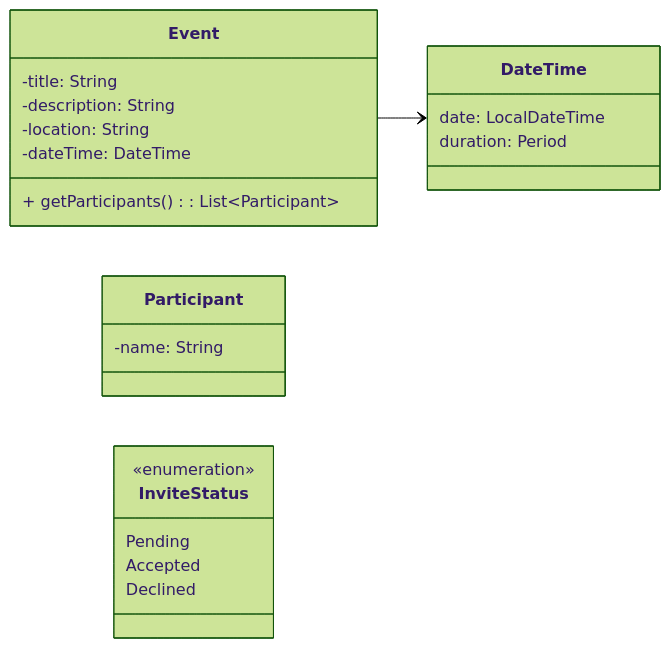
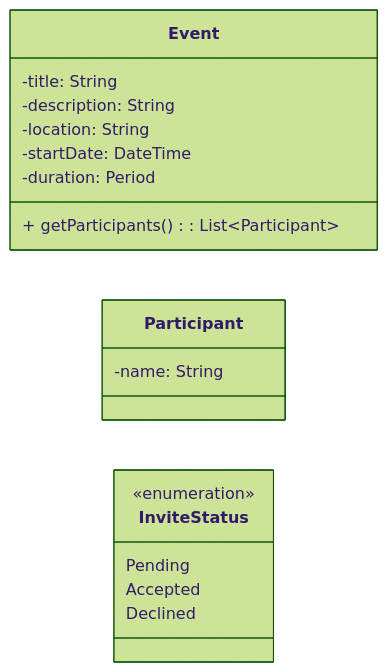
The diagram in README.md (HansMalm/Project_test_1_Hans_EventManagementApp), drawn with Mermaid (forest theme) before and after one commit.

Commit message:
mod README file.
fixes to UML Diagram

````diff
--- a/README.md
+++ b/README.md
@@ -25,30 +25,25 @@
 ```mermaid
 classDiagram
     direction LR
 
     class Event {
         -title: String
         -description: String
         -location: String
-        -dateTime: DateTime
-        + getParticipants(): List~Participant~ 
-    }
-    
-    class DateTime {
-        date: LocalDateTime
-        duration: Period
+        -startDate: DateTime
+        -duration: Period
+        + getParticipants(): List~Participant~
     }
     
     class Participant {
         -name: String
     }
     
     class InviteStatus {
         <<enumeration>>
         Pending
         Accepted
         Declined
  }
- 
- Event --> DateTime
+
 ```
````
